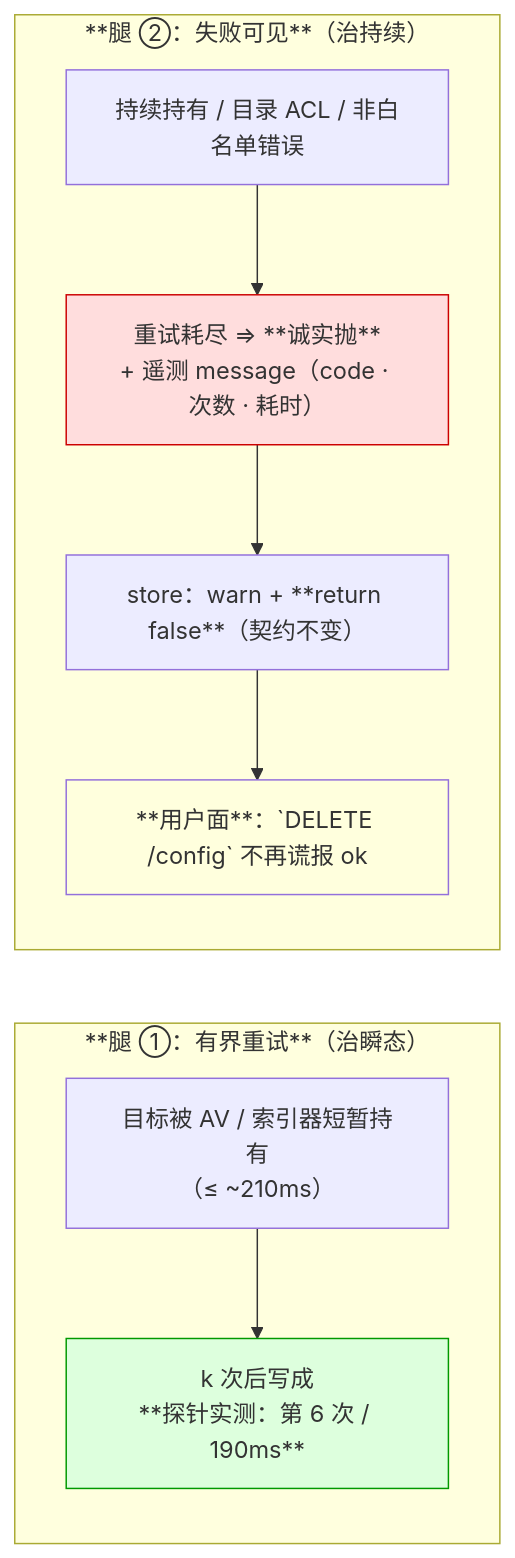
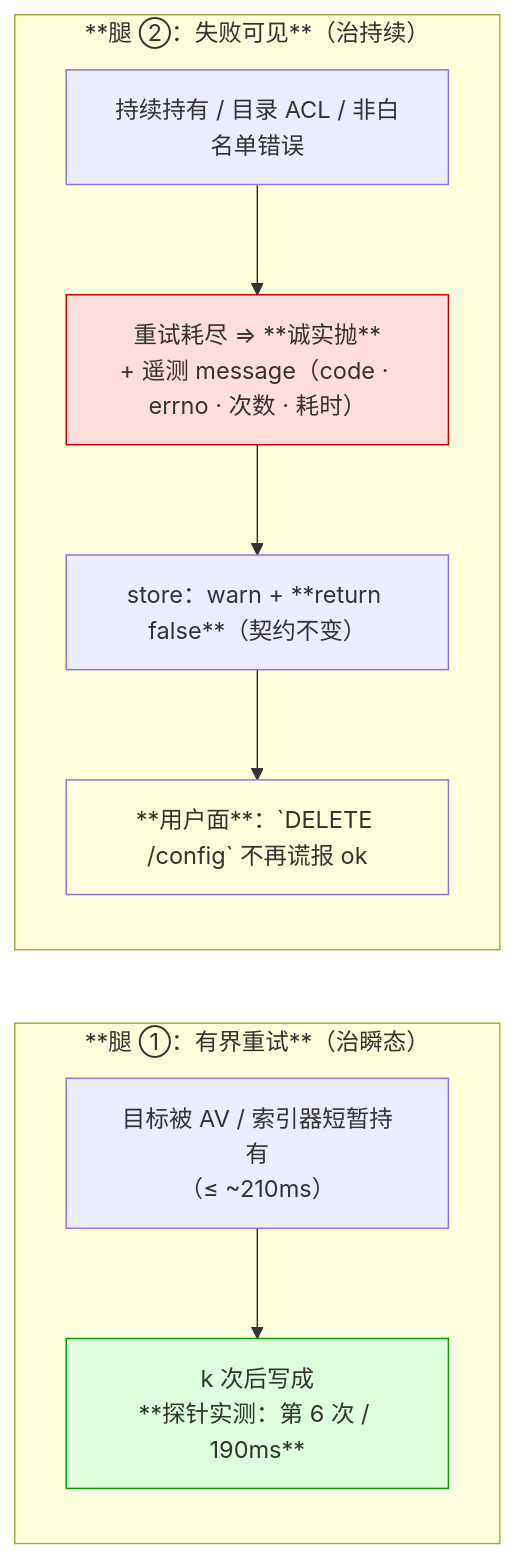
Before and after one commit to shenhuanageshei/dsh-thincoder-suite: the second of 3 diagrams in docs/2026-09-17-writefileatomic-design.md, drawn with Mermaid. The commit also changed other lines of this file and 1 other file, not shown here.

````diff
--- a/docs/2026-09-17-writefileatomic-design.md
+++ b/docs/2026-09-17-writefileatomic-design.md
@@ -127,14 +127,14 @@
 ```mermaid
 flowchart LR
   subgraph T["**腿 ①：有界重试**（治瞬态）"]
     A1["目标被 AV / 索引器短暂持有<br/>（≤ ~210ms）"] --> A2["k 次后写成<br/>**探针实测：第 6 次 / 190ms**"]
   end
   subgraph V["**腿 ②：失败可见**（治持续）"]
-    B1["持续持有 / 目录 ACL / 非白名单错误"] --> B2["重试耗尽 ⇒ **诚实抛**<br/>+ 遥测 message（code · 次数 · 耗时）"]
+    B1["持续持有 / 目录 ACL / 非白名单错误"] --> B2["重试耗尽 ⇒ **诚实抛**<br/>+ 遥测 message（code · errno · 次数 · 耗时）"]
     B2 --> B3["store：warn + **return false**（契约不变）"]
     B3 --> B4["**用户面**：`DELETE /config` 不再谎报 ok"]
   end
   style A2 fill:#dfd,stroke:#090
   style B2 fill:#fdd,stroke:#c00
   style B4 fill:#ffd
 ```
````
